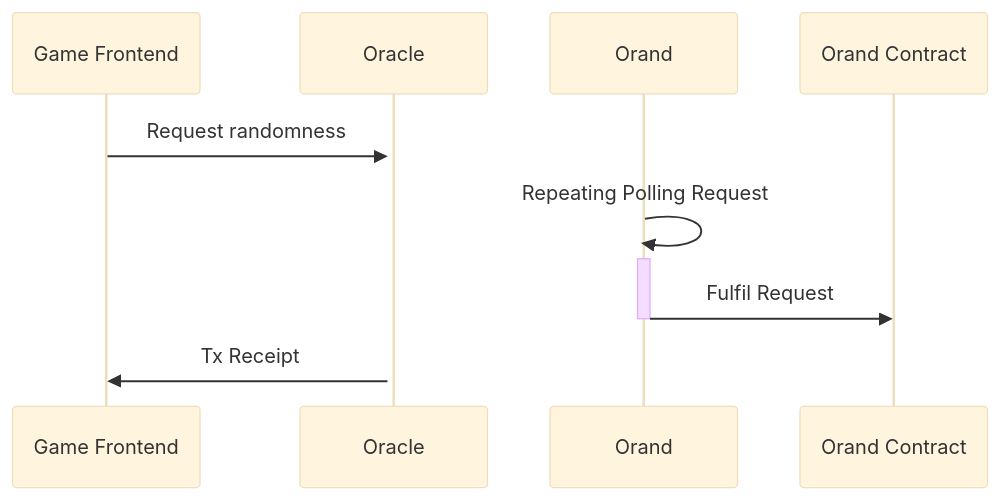
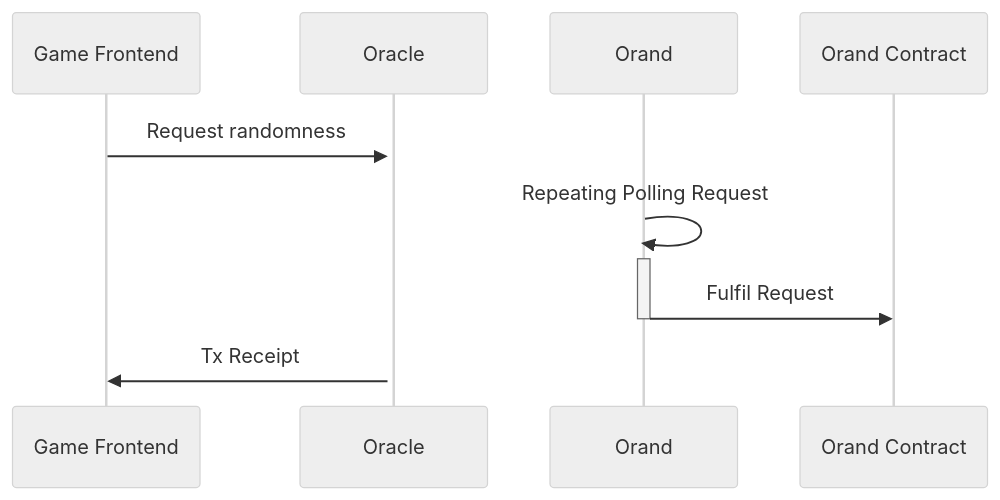
One commit to orochi-network/orochi-network.github.io changed the third of 3 diagrams in src/orochi-network/orand-v2.md. Above: the diagram before and after it, drawn with Mermaid. The commit also changed other lines of this file and 13 other files, not shown here.

Commit message:
Update document to align with our product and roadmap

````diff
--- a/src/orochi-network/orand-v2.md
+++ b/src/orochi-network/orand-v2.md
@@ -67,8 +67,8 @@
 ```mermaid
-%%{init: {'theme':'base'}}%%
+%%{init: {'theme':'neutral'}}%%
 sequenceDiagram
     Game Frontend->>+Oracle: Request randomness
     Orand->>+Orand: Repeating Polling Request
     Orand->>-Orand Contract: Fulfil Request
     Oracle->>Game Frontend: Tx Receipt
 ```
````
